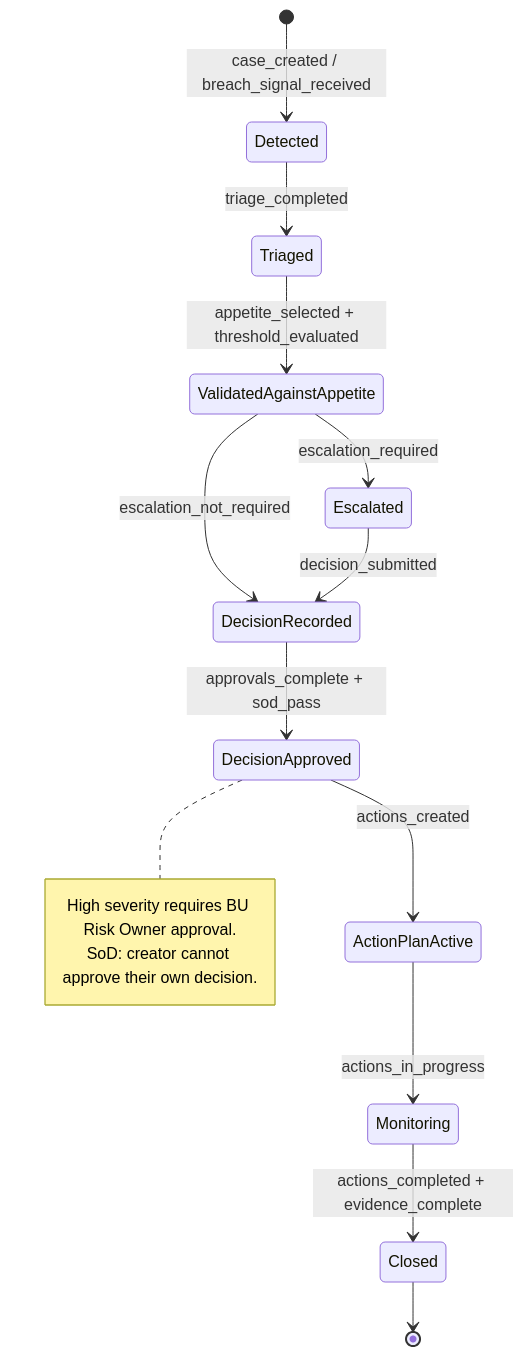
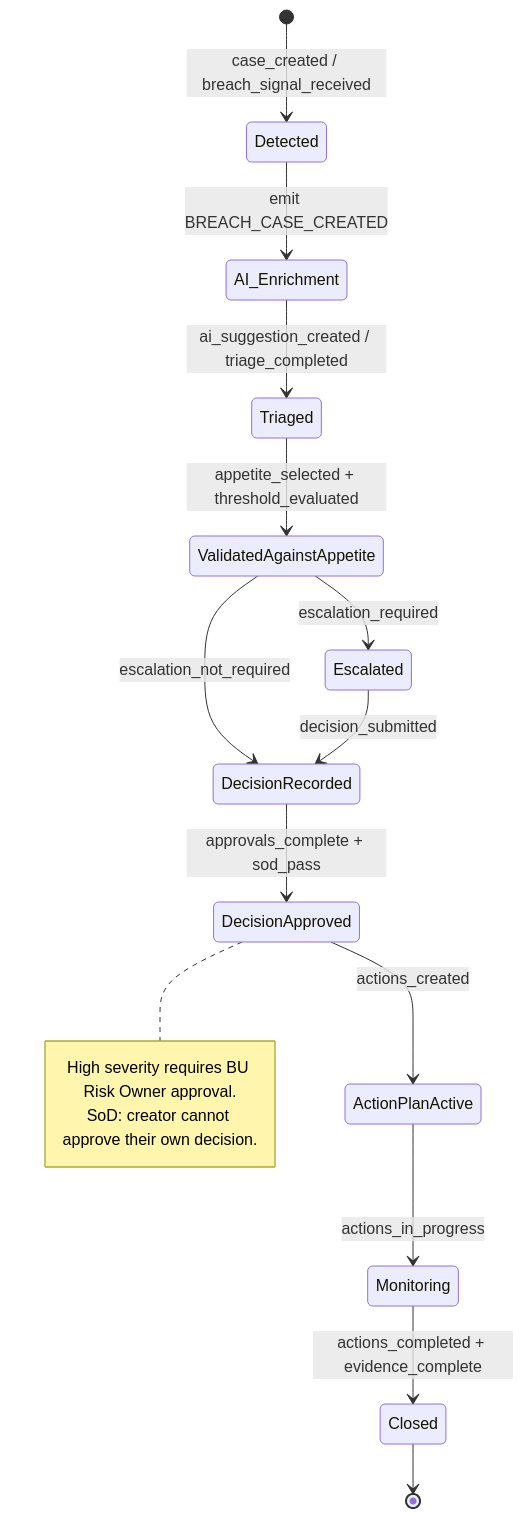
One commit to Domtellis/erm-platform changed the diagram in content/enterprise-architecture/05-product/01-prds/sb-01/workflow-state-model.mmd. Above: the diagram before and after it, drawn with Mermaid. The commit also changed 158 other files, not shown here.

```diff
--- a/content/enterprise-architecture/05-product/01-prds/sb-01/workflow-state-model.mmd
+++ b/content/enterprise-architecture/05-product/01-prds/sb-01/workflow-state-model.mmd
@@ -1,23 +1,23 @@
 stateDiagram-v2
   [*] --> Detected: case_created / breach_signal_received
-
-  Detected --> Triaged: triage_completed
+  Detected --> AI_Enrichment: emit BREACH_CASE_CREATED
+  AI_Enrichment --> Triaged: ai_suggestion_created / triage_completed
   Triaged --> ValidatedAgainstAppetite: appetite_selected + threshold_evaluated
 
   ValidatedAgainstAppetite --> Escalated: escalation_required
   ValidatedAgainstAppetite --> DecisionRecorded: escalation_not_required
 
   Escalated --> DecisionRecorded: decision_submitted
 
   DecisionRecorded --> DecisionApproved: approvals_complete + sod_pass
   DecisionApproved --> ActionPlanActive: actions_created
 
   ActionPlanActive --> Monitoring: actions_in_progress
   Monitoring --> Closed: actions_completed + evidence_complete
 
   Closed --> [*]
 
   note right of DecisionApproved
     High severity requires BU Risk Owner approval.
     SoD: creator cannot approve their own decision.
   end note
```
